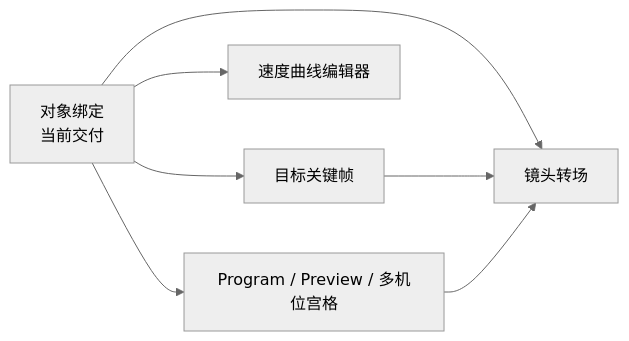
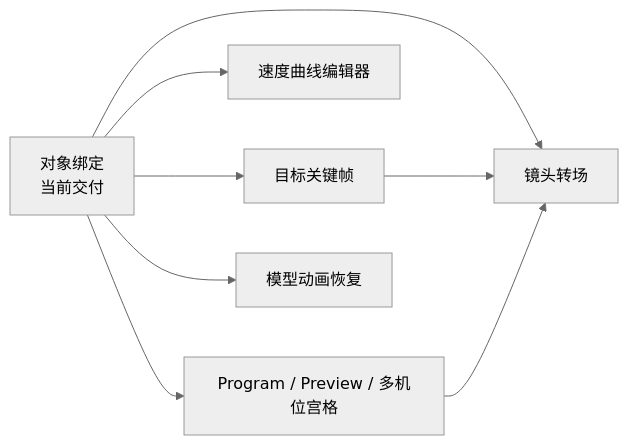
One commit to amwyygyuge/3d-director-desk changed the diagram in docs/exec2/04-camera-future.md. Above: the diagram before and after it, drawn with Mermaid (neutral theme). The commit also changed other lines of this file and 53 other files, not shown here.

````diff
--- a/docs/exec2/04-camera-future.md
+++ b/docs/exec2/04-camera-future.md
@@ -16,9 +16,10 @@
 ```mermaid
 flowchart LR
     Binding[对象绑定<br/>当前交付] --> TargetKeys[目标关键帧]
     Binding --> Speed[速度曲线编辑器]
     Binding --> Transition[镜头转场]
     Binding --> Monitor[Program / Preview / 多机位宫格]
+    Binding --> ModelAnimation[模型动画恢复]
     TargetKeys --> Transition
     Monitor --> Transition
 ```
````
